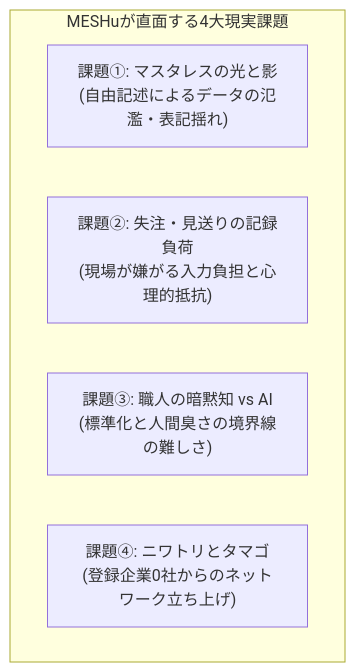
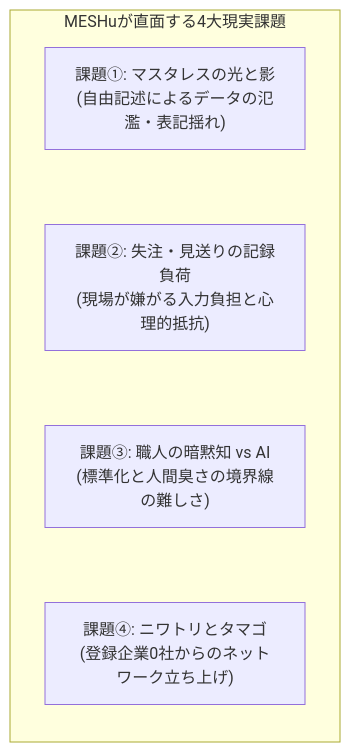
One commit to meshuoffice/MESHu-OSS changed the diagram in ROADMAP.md. Above: the diagram before and after it, drawn with Mermaid.

Commit message:
fix(docs): fix node ordering in ROADMAP.md mermaid diagram

````diff
--- a/ROADMAP.md
+++ b/ROADMAP.md
@@ -24,9 +24,11 @@
 ```mermaid
 flowchart TD
     subgraph Challenges["MESHuが直面する4大現実課題"]
+        direction TB
         C1["課題①: マスタレスの光と影<br>(自由記述によるデータの氾濫・表記揺れ)"]
         C2["課題②: 失注・見送りの記録負荷<br>(現場が嫌がる入力負担と心理的抵抗)"]
         C3["課題③: 職人の暗黙知 vs AI<br>(標準化と人間臭さの境界線の難しさ)"]
         C4["課題④: ニワトリとタマゴ<br>(登録企業0社からのネットワーク立ち上げ)"]
+        C1 ~~~ C2 ~~~ C3 ~~~ C4
     end
 ```
````
